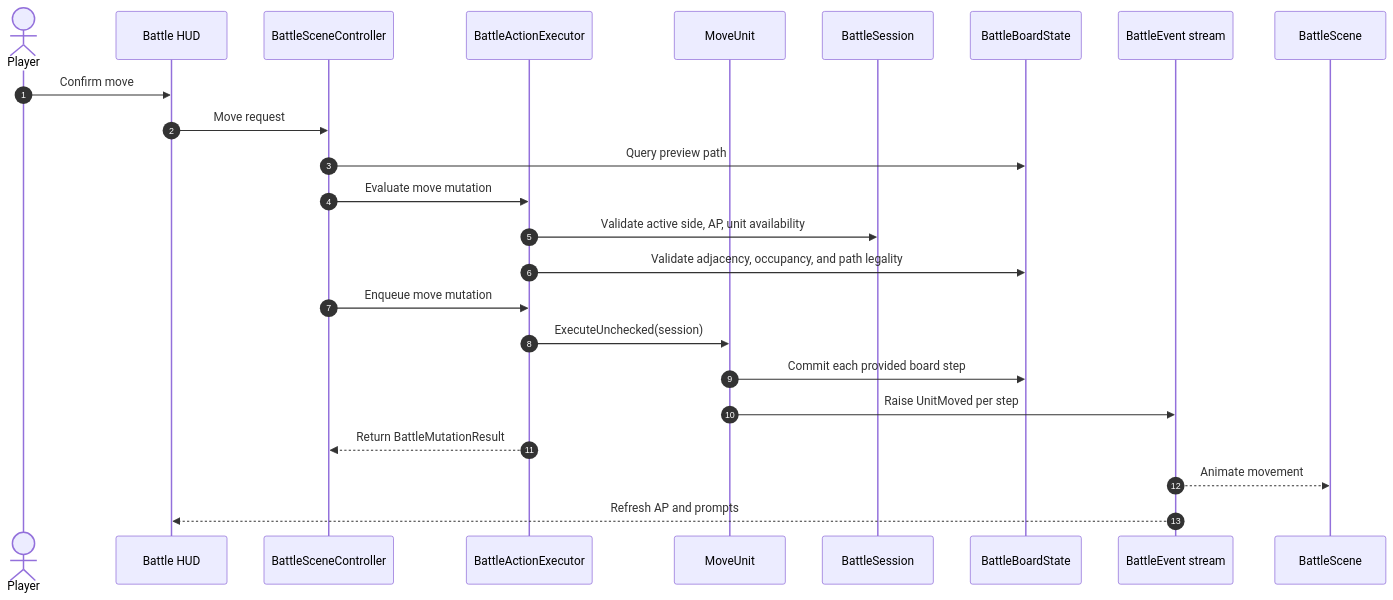
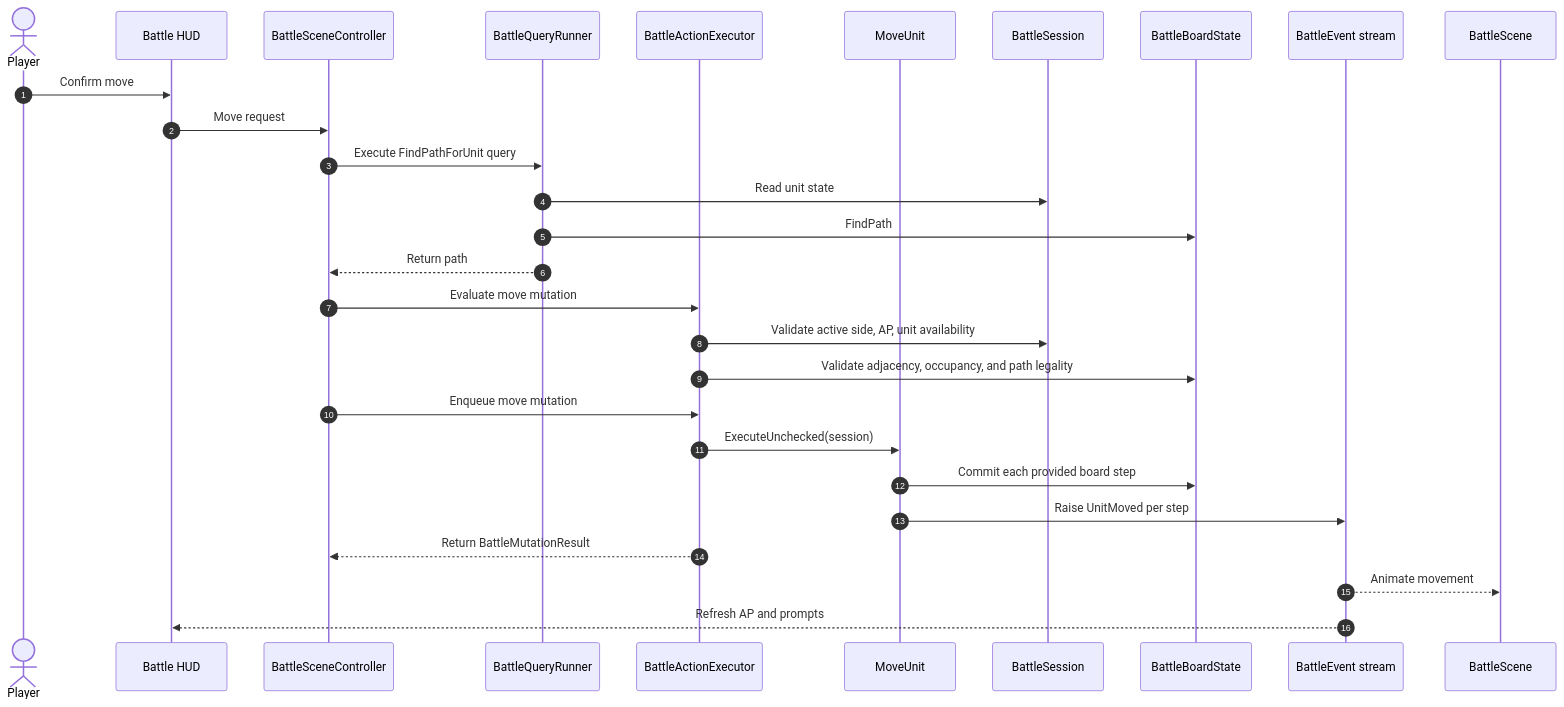
Before and after one commit to smallp-o-p/fun-project: the second of 2 diagrams in docs/battlescape-architecture.md, drawn with Mermaid. The commit also changed other lines of this file and 16 other files, not shown here.

Commit message:
Implement battle session query system

````diff
--- a/docs/battlescape-architecture.md
+++ b/docs/battlescape-architecture.md
@@ -227,27 +303,31 @@
 ```mermaid
 sequenceDiagram
     autonumber
     actor Player
     participant HUD as Battle HUD
     participant Controller as BattleSceneController
+    participant Queries as BattleQueryRunner
     participant Exec as BattleActionExecutor
     participant Mutation as MoveUnit
     participant Session as BattleSession
     participant Board as BattleBoardState
     participant Event as BattleEvent stream
     participant View as BattleScene
 
     Player->>HUD: Confirm move
     HUD->>Controller: Move request
-    Controller->>Board: Query preview path
+    Controller->>Queries: Execute FindPathForUnit query
+    Queries->>Session: Read unit state
+    Queries->>Board: FindPath
+    Queries-->>Controller: Return path
     Controller->>Exec: Evaluate move mutation
     Exec->>Session: Validate active side, AP, unit availability
     Exec->>Board: Validate adjacency, occupancy, and path legality
     Controller->>Exec: Enqueue move mutation
     Exec->>Mutation: ExecuteUnchecked(session)
     Mutation->>Board: Commit each provided board step
     Mutation->>Event: Raise UnitMoved per step
     Exec-->>Controller: Return BattleMutationResult
     Event-->>View: Animate movement
     Event-->>HUD: Refresh AP and prompts
 ```
````
